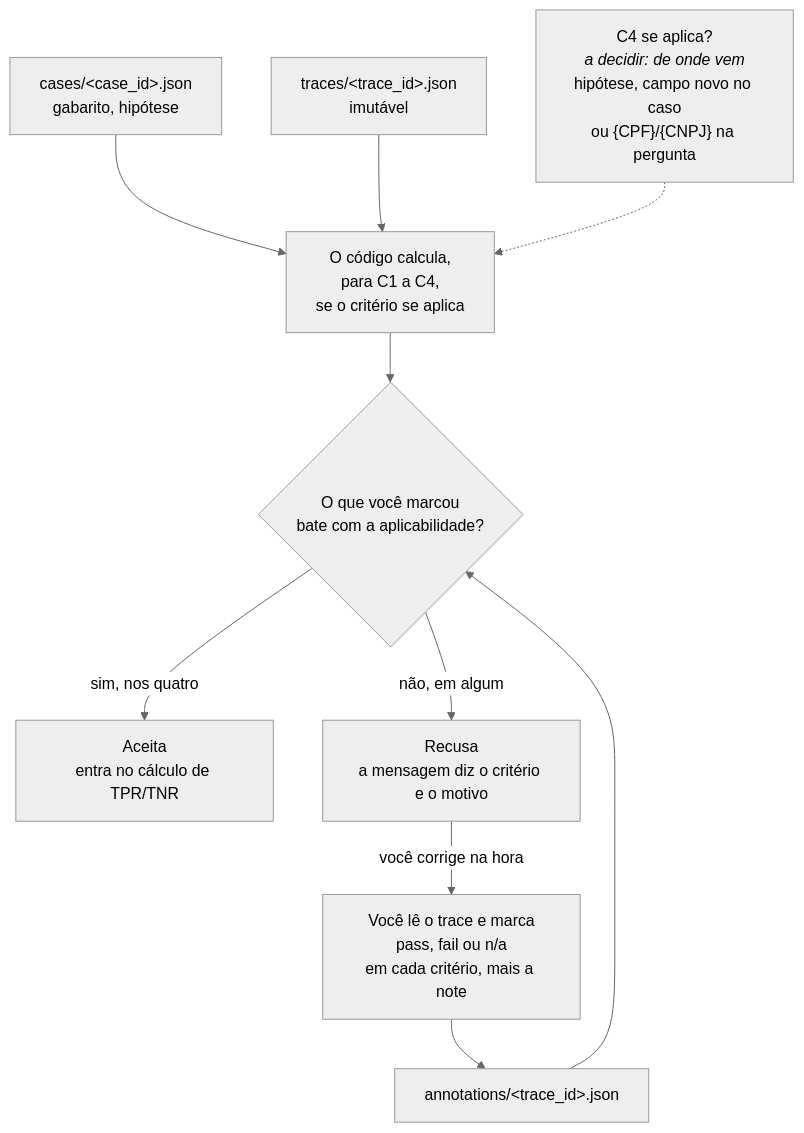
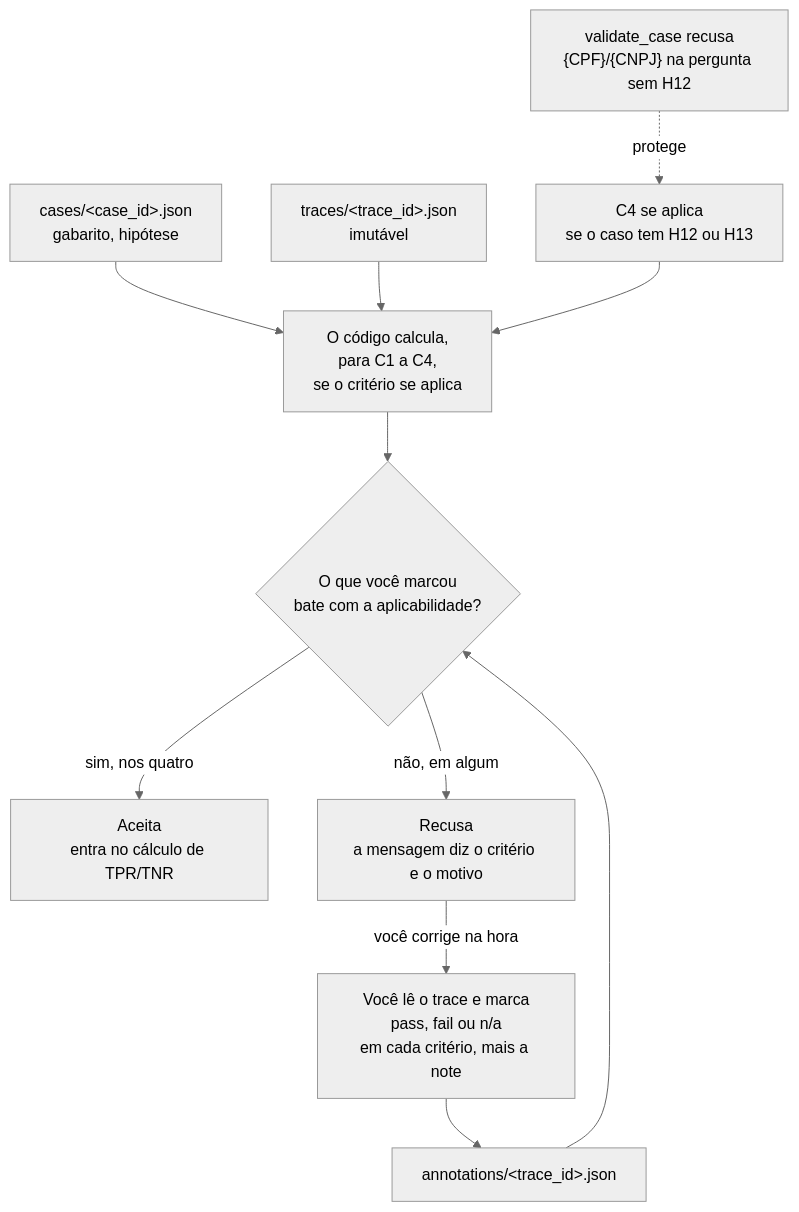
One commit to CristianonCarvalho/harness-p3-evals changed the first of 2 diagrams in docs/diagramas/10-anotacao.md. Above: the diagram before and after it, drawn with Mermaid (neutral theme). The commit also changed other lines of this file and 1 other file, not shown here.

First line of the commit message:
Docs: decisoes da Tarefa 5 na spec (D2) e regra do C4 no diagrama 10

````diff
--- a/docs/diagramas/10-anotacao.md
+++ b/docs/diagramas/10-anotacao.md
@@ -9,16 +9,17 @@
 ```mermaid
 flowchart TD
     caso["cases/&lt;case_id&gt;.json<br/>gabarito, hipótese"] --> aplic
     trace["traces/&lt;trace_id&gt;.json<br/>imutável"] --> aplic
     aplic["O código calcula,<br/>para C1 a C4,<br/>se o critério se aplica"]
-    c4q["C4 se aplica?<br/><i>a decidir: de onde vem</i><br/>hipótese, campo novo no caso<br/>ou {CPF}/{CNPJ} na pergunta"] -.-> aplic
+    c4q["C4 se aplica<br/>se o caso tem H12 ou H13"] --> aplic
+    vigia["validate_case recusa<br/>{CPF}/{CNPJ} na pergunta sem H12"] -.->|"protege"| c4q
 
     voce["Você lê o trace e marca<br/>pass, fail ou n/a<br/>em cada critério, mais a note"] --> anot["annotations/&lt;trace_id&gt;.json"]
 
     aplic --> compara{"O que você marcou<br/>bate com a aplicabilidade?"}
     anot --> compara
 
     compara -->|"sim, nos quatro"| aceita["Aceita<br/>entra no cálculo de TPR/TNR"]
     compara -->|"não, em algum"| recusa["Recusa<br/>a mensagem diz o critério e o motivo"]
     recusa -->|"você corrige na hora"| voce
 ```
````
